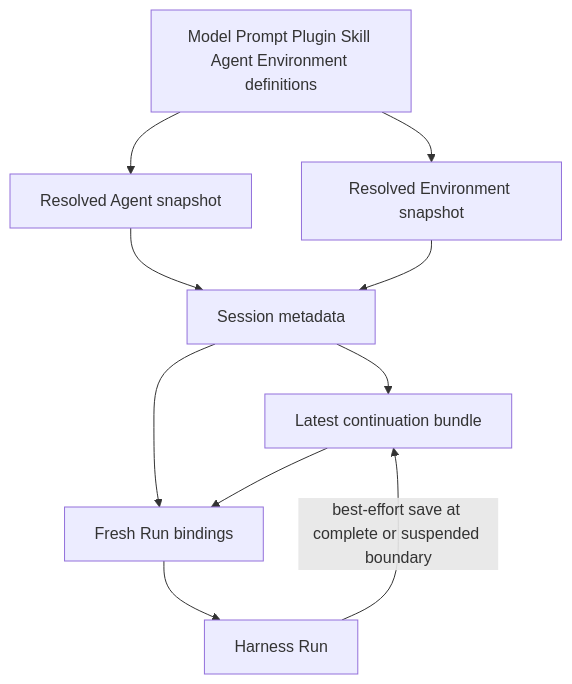
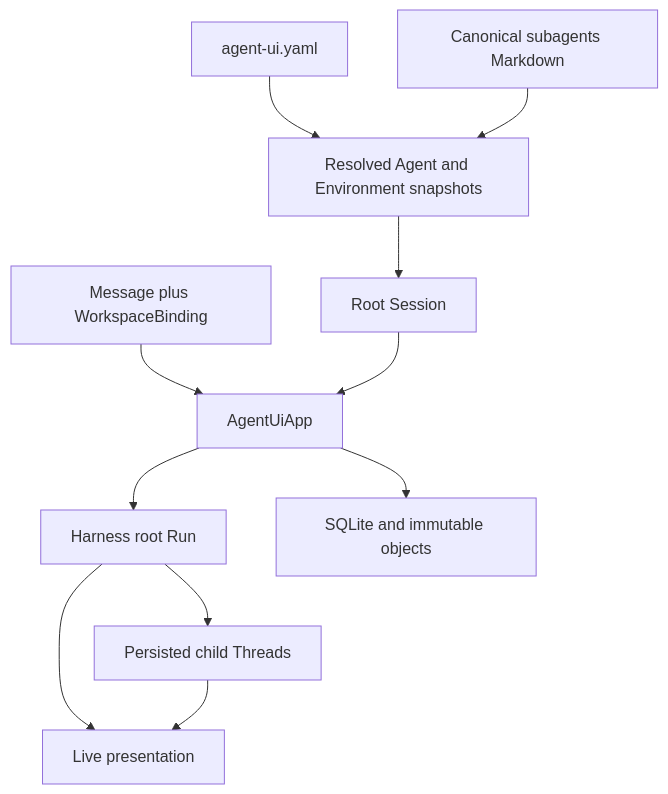
One commit to LTThreeComma/agent-foundation changed the first of 4 diagrams in spec/agent-ui/00-overview.md. Above: the diagram before and after it, drawn with Mermaid. The commit also changed other lines of this file and 125 other files, not shown here.

````diff
--- a/spec/agent-ui/00-overview.md
+++ b/spec/agent-ui/00-overview.md
@@ -24,17 +13,20 @@
 ```mermaid
 flowchart TB
-    Definitions[Model Prompt Plugin Skill Agent Environment definitions]
-    Agent[Resolved Agent snapshot]
-    Environment[Resolved Environment snapshot]
-    Session[Session metadata]
-    Continuation[Latest continuation bundle]
-    Bindings[Fresh Run bindings]
-    Harness[Harness Run]
+    Config[agent-ui.yaml]
+    Markdown[Canonical subagents Markdown]
+    Snapshot[Resolved Agent and Environment snapshots]
+    Session[Root Session]
+    Binding[Message plus WorkspaceBinding]
+    App[AgentUiApp]
+    Harness[Harness root Run]
+    Children[Persisted child Threads]
+    Store[SQLite and immutable objects]
+    Live[Live presentation]
 
-    Definitions --> Agent
-    Definitions --> Environment
-    Agent & Environment --> Session
-    Session --> Continuation
-    Session & Continuation --> Bindings --> Harness
-    Harness -->|best-effort save at complete or suspended boundary| Continuation
+    Config & Markdown --> Snapshot --> Session
+    Binding --> App
+    Session --> App --> Harness
+    Harness --> Children
+    App --> Store
+    Harness & Children --> Live
 ```
````
